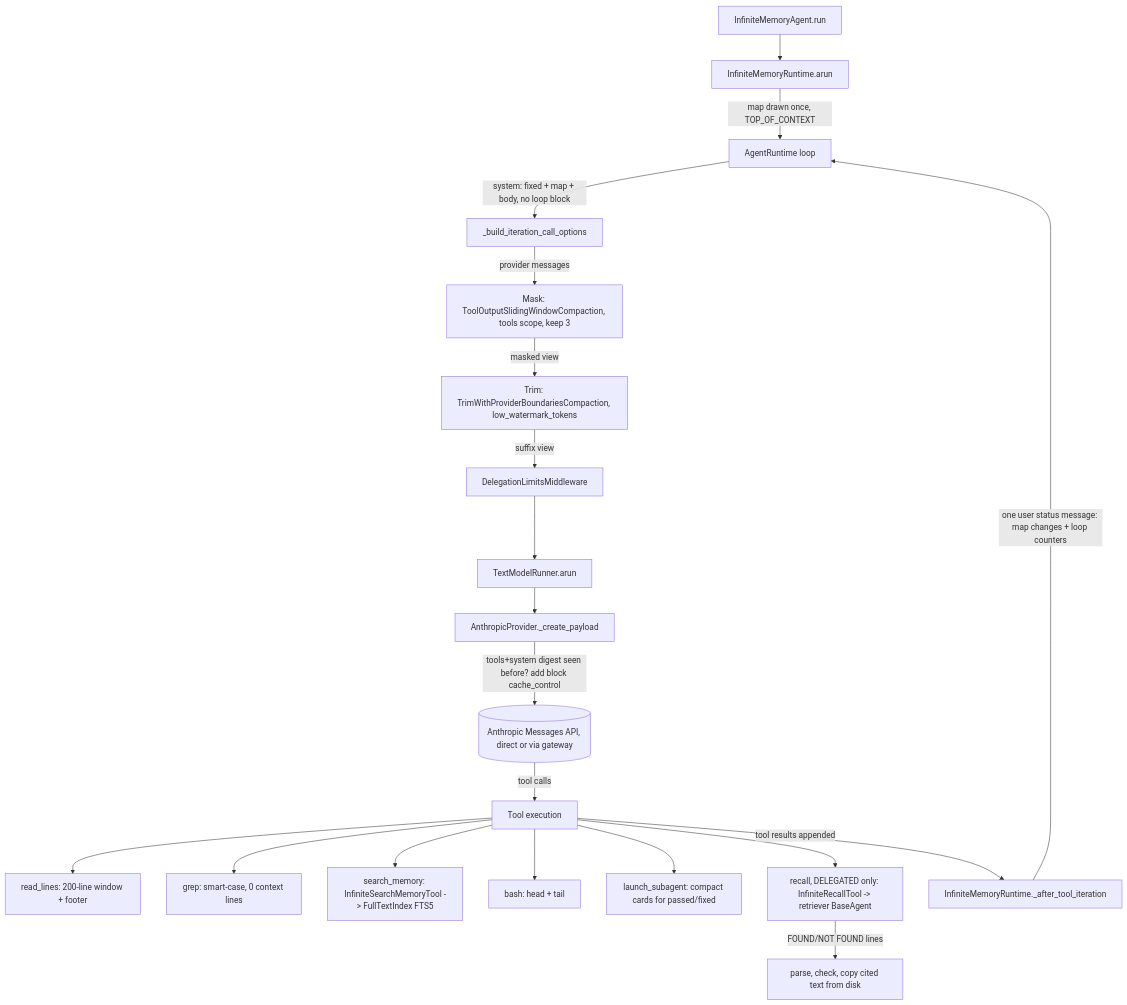
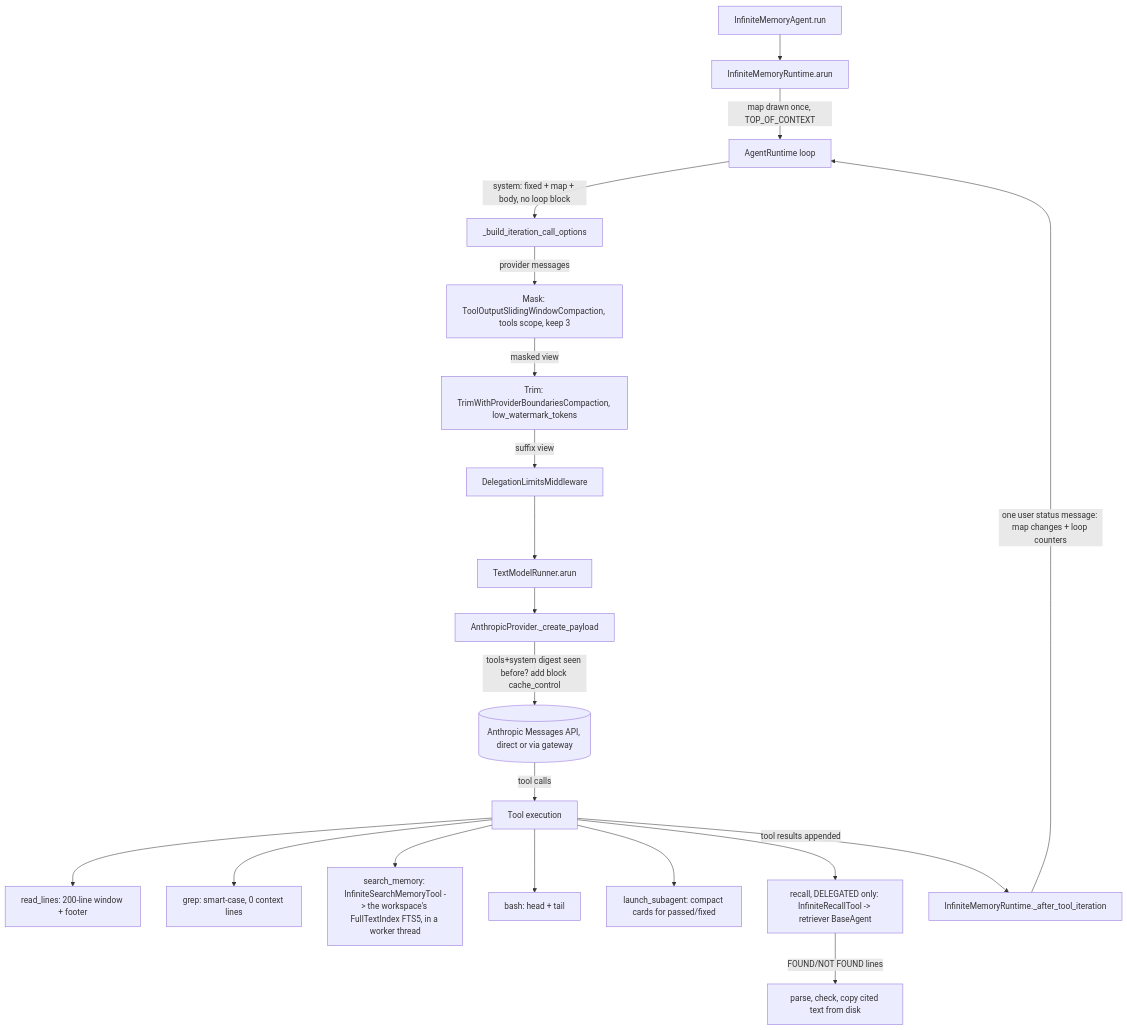
Before and after one commit to cerredz/Vidbyte-SDK: the diagram in docs/spec/infinite-memory-context-economy/spec.md, drawn with Mermaid. The commit also changed other lines of this file, not shown here.

Commit message:
docs(spec): revise infinite-memory-context-economy spec r2 (S1 review round 1)

````diff
--- a/docs/spec/infinite-memory-context-economy/spec.md
+++ b/docs/spec/infinite-memory-context-economy/spec.md
@@ -123,22 +123,22 @@
 ```mermaid
 flowchart TD
   A[InfiniteMemoryAgent.run] --> B[InfiniteMemoryRuntime.arun]
   B -->|map drawn once, TOP_OF_CONTEXT| C[AgentRuntime loop]
   C -->|system: fixed + map + body, no loop block| D[_build_iteration_call_options]
   D -->|provider messages| M1[Mask: ToolOutputSlidingWindowCompaction, tools scope, keep 3]
   M1 -->|masked view| M2[Trim: TrimWithProviderBoundariesCompaction, low_watermark_tokens]
   M2 -->|suffix view| M3[DelegationLimitsMiddleware]
   M3 --> E[TextModelRunner.arun]
   E --> F[AnthropicProvider._create_payload]
   F -->|tools+system digest seen before? add block cache_control| G[(Anthropic Messages API, direct or via gateway)]
   G -->|tool calls| H[Tool execution]
   H --> T1[read_lines: 200-line window + footer]
   H --> T2[grep: smart-case, 0 context lines]
-  H --> T3[search_memory: InfiniteSearchMemoryTool -> FullTextIndex FTS5]
+  H --> T3[search_memory: InfiniteSearchMemoryTool -> the workspace's FullTextIndex FTS5, in a worker thread]
   H --> T4[bash: head + tail]
   H --> T5[launch_subagent: compact cards for passed/fixed]
   H --> T6[recall, DELEGATED only: InfiniteRecallTool -> retriever BaseAgent]
   T6 -->|FOUND/NOT FOUND lines| T7[parse, check, copy cited text from disk]
   H -->|tool results appended| I[InfiniteMemoryRuntime._after_tool_iteration]
   I -->|one user status message: map changes + loop counters| C
 ```
````
